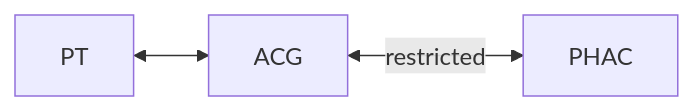
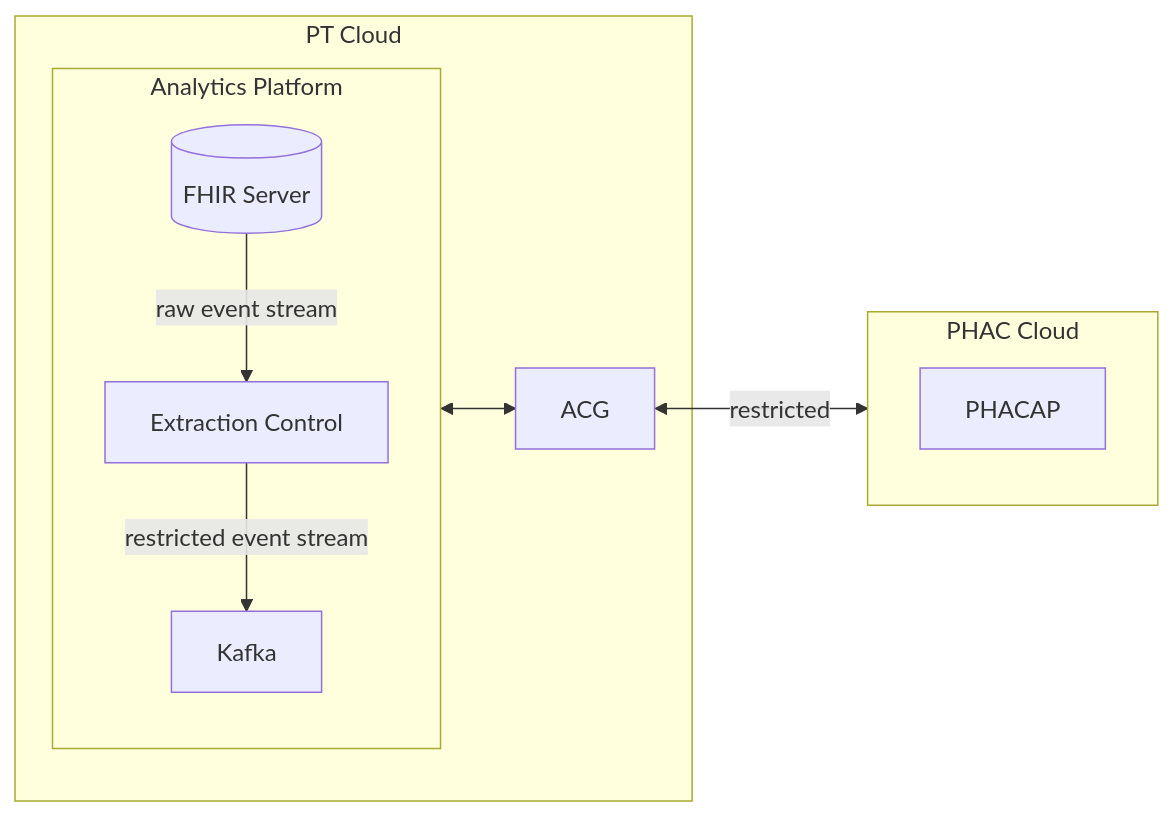
Before and after one commit to PHACDataHub/data-mesh-ref-impl: the diagram in paradire/analytics/acg/README.md, drawn with Mermaid. The commit also changed other lines of this file and 8 other files, not shown here.

````diff
--- a/paradire/analytics/acg/README.md
+++ b/paradire/analytics/acg/README.md
@@ -25,5 +26,16 @@
 ```mermaid
 graph LR;
-    PT <--> ACG;
-    ACG <-- restricted --> PHAC;
+subgraph PTC[PT Cloud]
+    subgraph PTAP[Analytics Platform];
+        direction TB
+        D[(FHIR Server)] -- raw event stream --> EEC;
+        EEC[Extraction Control] -- restricted event stream --> PT[Kafka]
+    end
+    ACG
+    PTAP <--> ACG;
+end
+subgraph PHAC[PHAC Cloud]
+    PHACAP
+end
+ACG <-- restricted --> PHAC[PHAC Kafka];
 ```
````
